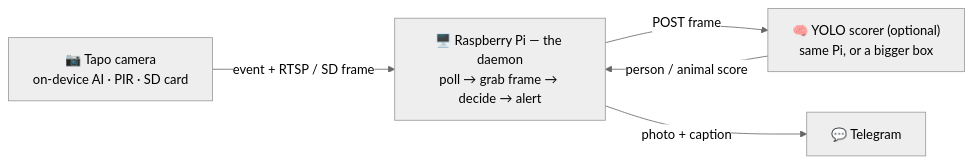
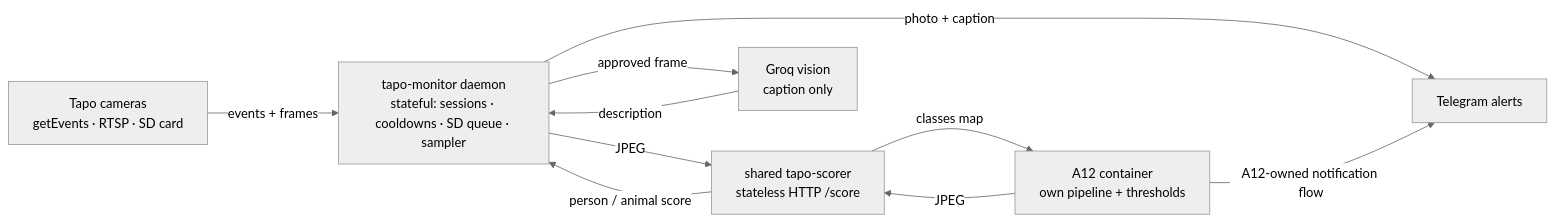
One commit to PeterkoCZ91/tapo-monitoring changed the first of 3 diagrams in README.md. Above: the diagram before and after it, drawn with Mermaid (neutral theme). The commit also changed other lines of this file and 28 other files, not shown here.

````diff
--- a/README.md
+++ b/README.md
@@ -68,11 +70,20 @@
 ```mermaid
 flowchart LR
-    CAM["📷 Tapo camera<br/>on-device AI · PIR · SD card"]
-    PI["🖥️ Raspberry Pi — the daemon<br/>poll → grab frame → decide → alert"]
-    S["🧠 YOLO scorer (optional)<br/>same Pi, or a bigger box"]
-    TG["💬 Telegram"]
-    CAM -->|"event + RTSP / SD frame"| PI
-    PI -->|"POST frame"| S
-    S -->|"person / animal score"| PI
-    PI -->|"photo + caption"| TG
+    CAM["Tapo cameras<br/>getEvents · RTSP · SD card"]
+    MON["tapo-monitor daemon<br/>stateful: sessions · cooldowns · SD queue · sampler"]
+    SCORE["shared tapo-scorer<br/>stateless HTTP /score"]
+    GROQ["Groq vision<br/>caption only"]
+    TG["Telegram alerts"]
+    A12["A12 container<br/>own pipeline + thresholds"]
+
+    CAM -->|"events + frames"| MON
+    MON -->|"JPEG"| SCORE
+    SCORE -->|"person / animal score"| MON
+    MON -->|"approved frame"| GROQ
+    GROQ -->|"description"| MON
+    MON -->|"photo + caption"| TG
+
+    A12 -->|"JPEG"| SCORE
+    SCORE -->|"classes map"| A12
+    A12 -->|"A12-owned notification flow"| TG
 ```
````
